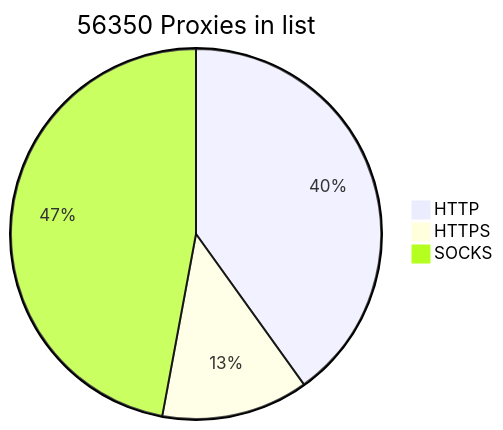
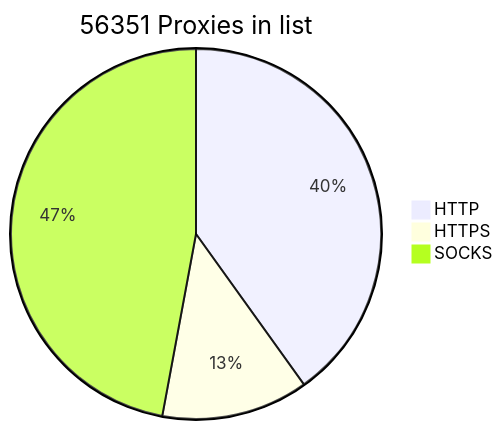
Before and after one commit to BlackSnowDot/proxylist-update-every-minute: the diagram in README.md, drawn with Mermaid.

````diff
--- a/README.md
+++ b/README.md
@@ -2,6 +2,6 @@
 ```mermaid
-pie title 56350 Proxies in list
+pie title 56351 Proxies in list
     "HTTP" : 25354
     "HTTPS": 8108
-    "SOCKS" : 29770
+    "SOCKS" : 29771
 ```
````
